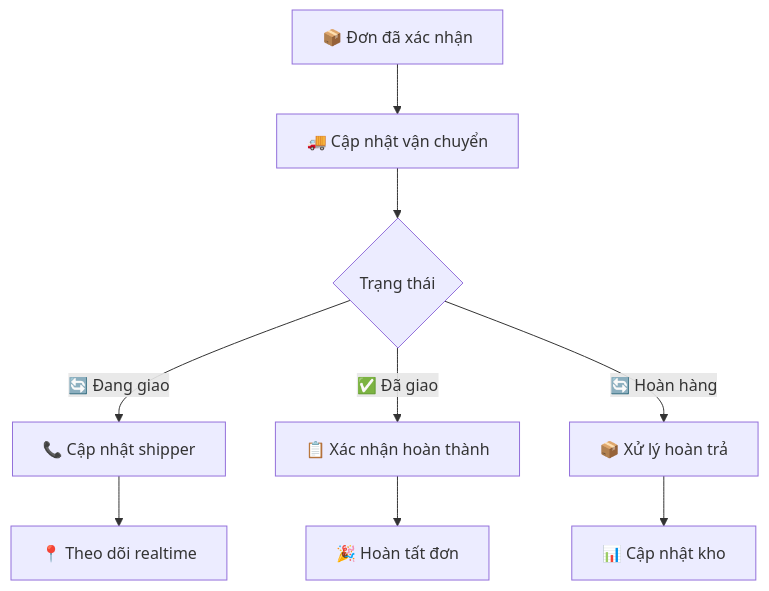
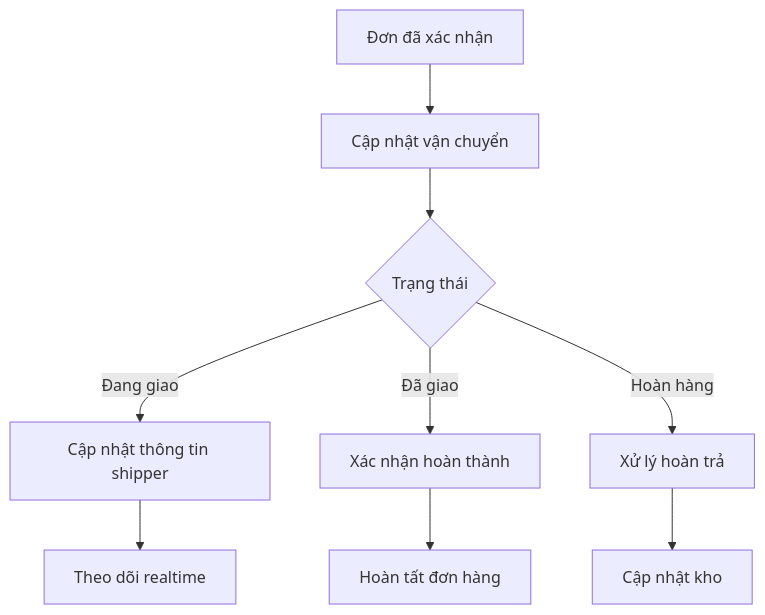
The sixth of 17 diagrams in README.md (toantran00/BTTH_12), drawn with Mermaid before and after one commit. The commit also changed other lines of this file, not shown here.

````diff
--- a/README.md
+++ b/README.md
@@ -166,11 +249,11 @@
 ```mermaid
-flowchart TD
-    A[📦 Đơn đã xác nhận] --> B[🚚 Cập nhật vận chuyển]
+graph TD
+    A[Đơn đã xác nhận] --> B[Cập nhật vận chuyển]
     B --> C{Trạng thái}
-    C -->|🔄 Đang giao| D[📞 Cập nhật shipper]
-    C -->|✅ Đã giao| E[📋 Xác nhận hoàn thành]
-    C -->|🔄 Hoàn hàng| F[📦 Xử lý hoàn trả]
-    D --> G[📍 Theo dõi realtime]
-    E --> H[🎉 Hoàn tất đơn]
-    F --> I[📊 Cập nhật kho]
+    C -->|Đang giao| D[Cập nhật thông tin shipper]
+    C -->|Đã giao| E[Xác nhận hoàn thành]
+    C -->|Hoàn hàng| F[Xử lý hoàn trả]
+    D --> G[Theo dõi realtime]
+    E --> H[Hoàn tất đơn hàng]
+    F --> I[Cập nhật kho]
 ```
````
